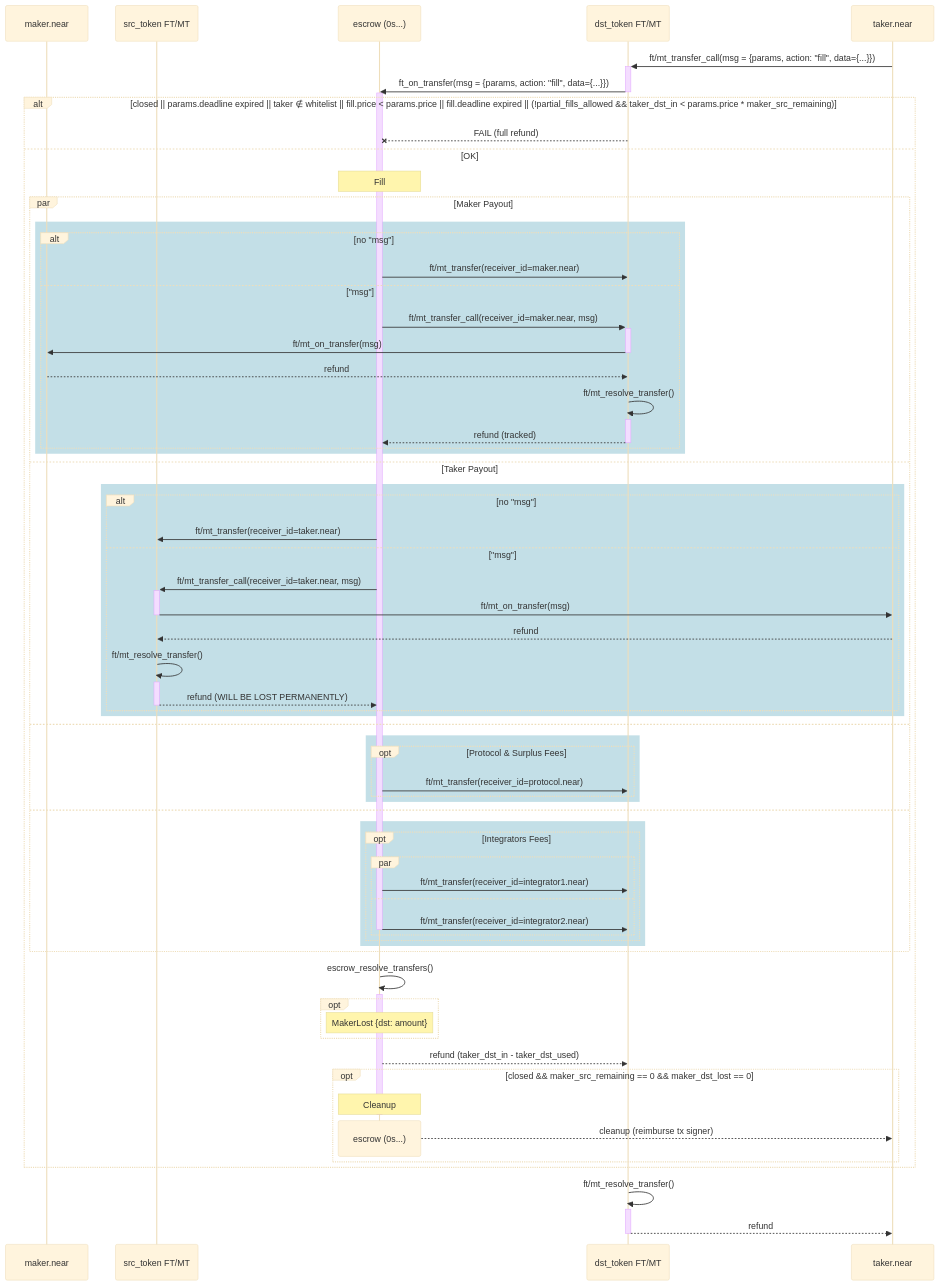
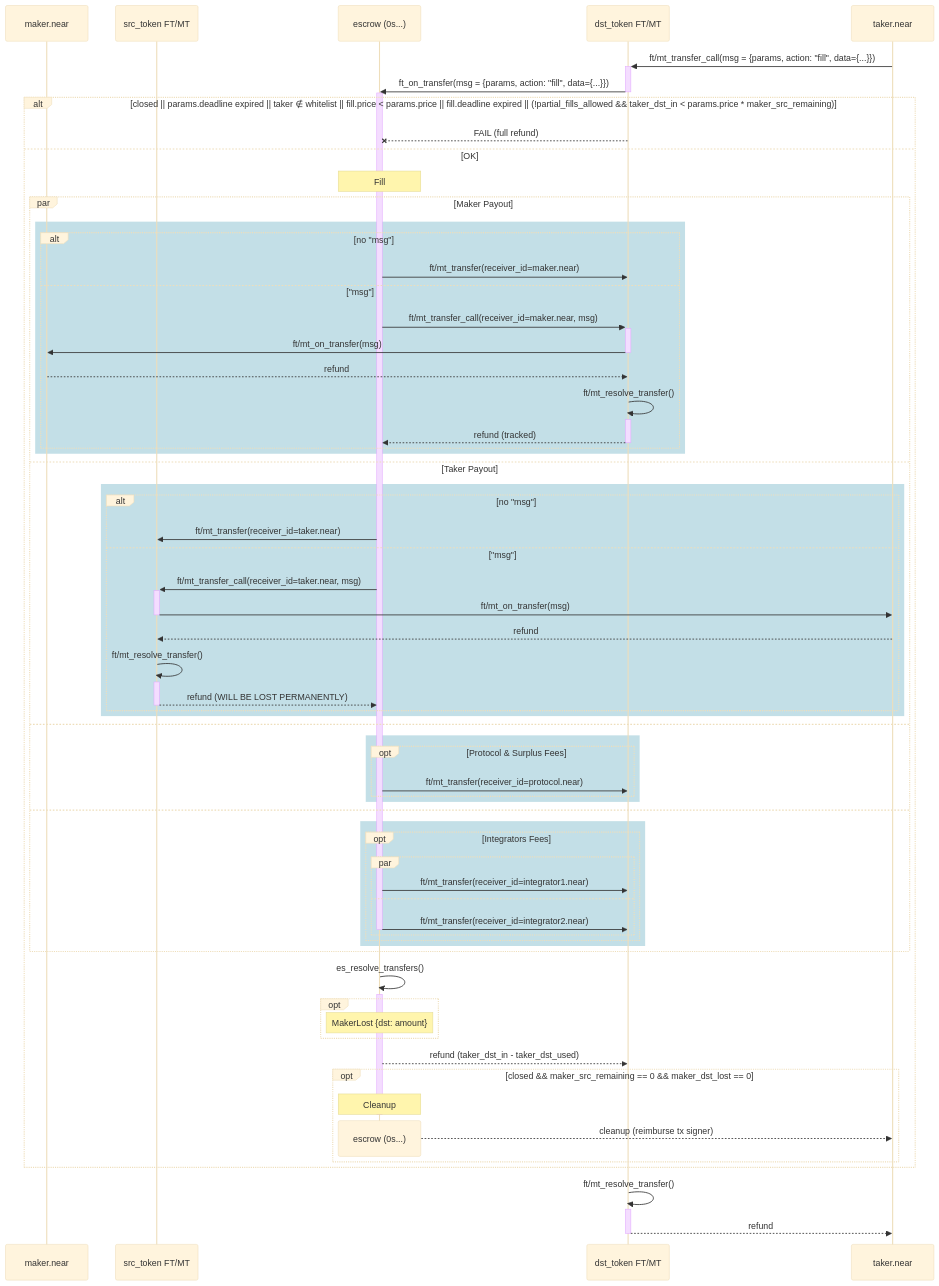
Before and after one commit to near/intents: the second of 3 diagrams in escrow-swap/README.md, drawn with Mermaid (base theme). The commit also changed other lines of this file and 5 other files, not shown here.

````diff
--- a/escrow-swap/README.md
+++ b/escrow-swap/README.md
@@ -238,75 +238,75 @@
 ```mermaid
 sequenceDiagram
   participant maker as maker.near
   participant src_token as src_token FT/MT
   participant escrow as escrow (0s...)
   participant dst_token as dst_token FT/MT
   participant taker as taker.near
 
   taker->>+dst_token: ft/mt_transfer_call(msg = {params, action: "fill", data={...}})
 
   dst_token->>-escrow: ft_on_transfer(msg = {params, action: "fill", data={...}})
 
   activate escrow
   alt closed || params.deadline expired || taker ∉ whitelist || fill.price < params.price || fill.deadline expired || (!partial_fills_allowed && taker_dst_in < params.price * maker_src_remaining)
     dst_token--xescrow: FAIL (full refund)
   else OK
     Note over escrow: Fill
     par Maker Payout
       rect rgba(136, 192, 208, 0.5)
         alt no "msg"
           escrow->>dst_token: ft/mt_transfer(receiver_id=maker.near)
         else "msg"
           escrow->>+dst_token: ft/mt_transfer_call(receiver_id=maker.near, msg)
           dst_token->>-maker: ft/mt_on_transfer(msg)
           maker-->>dst_token: refund
           dst_token->>+dst_token: ft/mt_resolve_transfer()
           dst_token-->>-escrow: refund (tracked)
         end
       end
     and Taker Payout
       rect rgba(136, 192, 208, 0.5)
         alt no "msg"
           escrow->>src_token: ft/mt_transfer(receiver_id=taker.near)
         else "msg"
           escrow->>+src_token: ft/mt_transfer_call(receiver_id=taker.near, msg)
           src_token->>-taker: ft/mt_on_transfer(msg)
           taker-->>src_token: refund
           src_token->>+src_token: ft/mt_resolve_transfer()
           src_token-->>escrow: refund (WILL BE LOST PERMANENTLY)
           deactivate src_token
         end
       end
     and
       rect rgba(136, 192, 208, 0.5)
         opt Protocol & Surplus Fees
           escrow->>dst_token: ft/mt_transfer(receiver_id=protocol.near)
         end
       end
     and
       rect rgba(136, 192, 208, 0.5)
         opt Integrators Fees
           par
             escrow->>dst_token: ft/mt_transfer(receiver_id=integrator1.near)
           and
             escrow->>-dst_token: ft/mt_transfer(receiver_id=integrator2.near)
           end
         end
       end
     end
-    escrow->>+escrow: escrow_resolve_transfers()
+    escrow->>+escrow: es_resolve_transfers()
     opt
       Note over escrow: MakerLost {dst: amount}
     end
     escrow-->>dst_token: refund (taker_dst_in - taker_dst_used)
     opt closed && maker_src_remaining == 0 && maker_dst_lost == 0
       Note over escrow: Cleanup
       deactivate escrow
       destroy escrow
       escrow-->>taker: cleanup (reimburse tx signer)
     end
   end
 
   dst_token->>+dst_token: ft/mt_resolve_transfer()
   dst_token-->>-taker: refund
 ```
````
